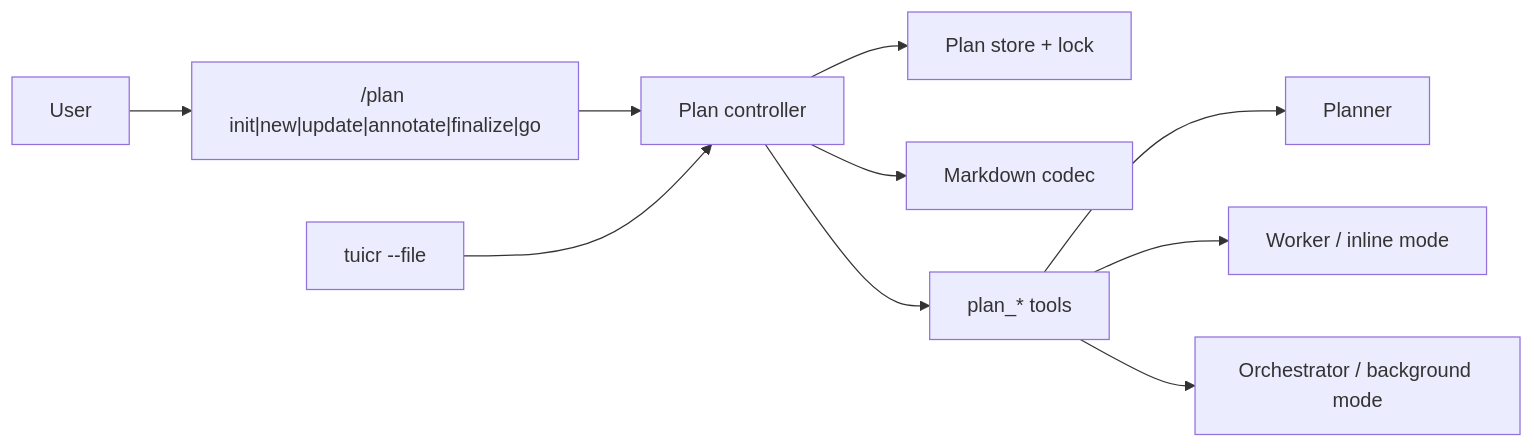
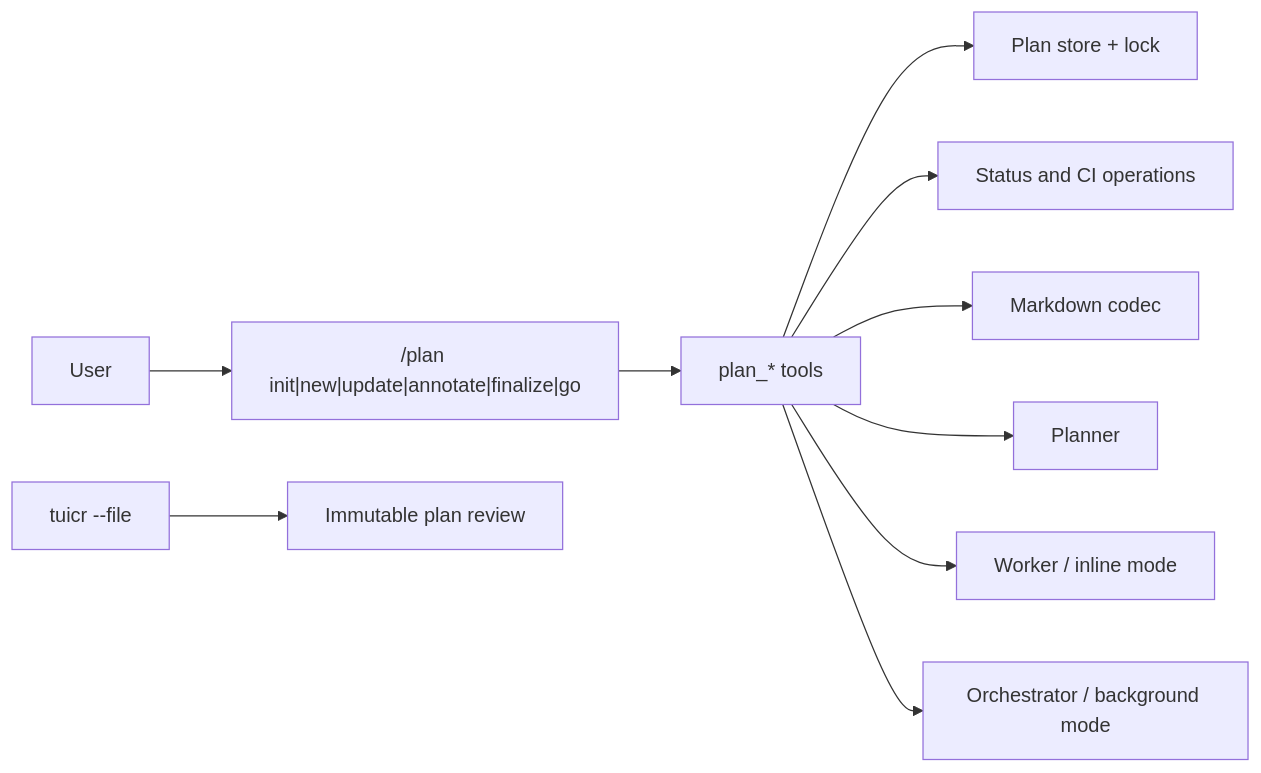
Before and after one commit to difflab-io/diffpi: the diagram in docs/architecture/plan.md, drawn with Mermaid. The commit also changed other lines of this file and 69 other files, not shown here.

````diff
--- a/docs/architecture/plan.md
+++ b/docs/architecture/plan.md
@@ -21,12 +22,12 @@
 ```mermaid
 flowchart LR
   User --> Commands["/plan init|new|update|annotate|finalize|go"]
-  Commands --> Controller[Plan controller]
-  Controller --> Store[Plan store + lock]
-  Controller --> Markdown[Markdown codec]
-  Controller --> Tools[plan_* tools]
+  Commands --> Tools[plan_* tools]
+  Tools --> Store[Plan store + lock]
+  Tools --> Operations[Status and CI operations]
+  Tools --> Markdown[Markdown codec]
   Tools --> Planner[Planner]
   Tools --> Worker[Worker / inline mode]
   Tools --> Orchestrator[Orchestrator / background mode]
-  Annotate["tuicr --file"] --> Controller
+  Annotate["tuicr --file"] --> Review[Immutable plan review]
 ```
````
